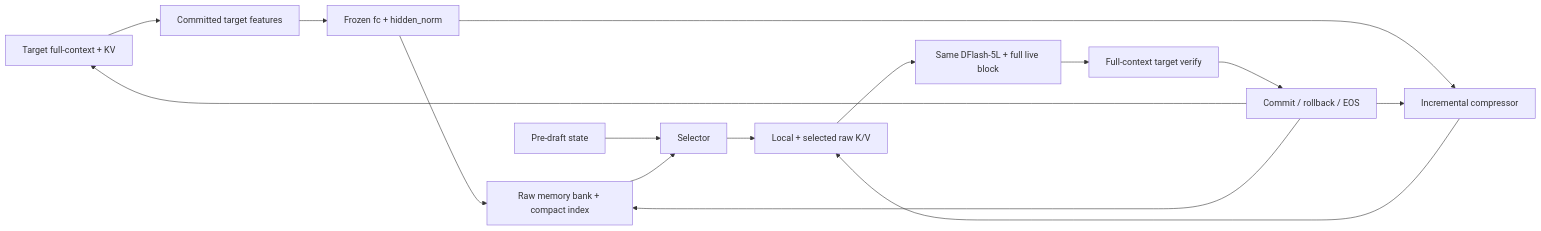
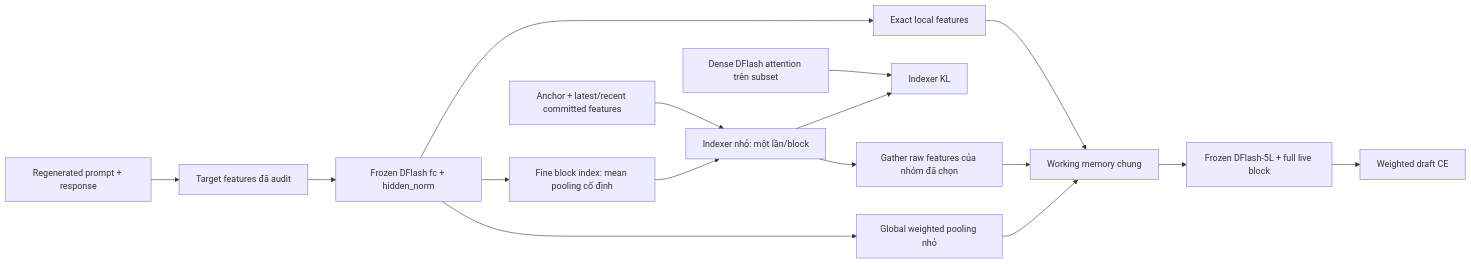
The diagram in docs/superpowers/specs/2026-10-08-amr-dflash-design.md (tranphuc15122004/fast_infer_for_text_sum), drawn with Mermaid before and after one commit. The commit also changed other lines of this file and 43 other files, not shown here.

```diff
--- a/docs/superpowers/specs/2026-10-08-amr-dflash-design.md
+++ b/docs/superpowers/specs/2026-10-08-amr-dflash-design.md
@@ -39,17 +70,18 @@
 ~~~mermaid
 flowchart LR
-    T["Target full-context + KV"] --> H["Committed target features"]
-    H --> P["Frozen fc + hidden_norm"]
-    P --> BANK["Raw memory bank + compact index"]
-    P --> CMP["Incremental compressor"]
-    Z["Pre-draft state"] --> SEL["Selector"]
-    BANK --> SEL
-    SEL --> W["Local + selected raw K/V"]
-    CMP --> W
-    W --> D["Same DFlash-5L + full live block"]
-    D --> V["Full-context target verify"]
-    V --> U["Commit / rollback / EOS"]
-    U --> T
-    U --> BANK
-    U --> CMP
+    DATA["Regenerated prompt + response"] --> CACHE["Target features đã audit"]
+    CACHE --> P["Frozen DFlash fc + hidden_norm"]
+    P --> G["Global weighted pooling nhỏ"]
+    P --> F["Fine block index: mean pooling cố định"]
+    P --> L["Exact local features"]
+    Q["Anchor + latest/recent committed features"] --> I["Indexer nhỏ: một lần/block"]
+    F --> I
+    I --> R["Gather raw features của nhóm đã chọn"]
+    G --> M["Working memory chung"]
+    R --> M
+    L --> M
+    M --> D["Frozen DFlash-5L + full live block"]
+    D --> LOSS["Weighted draft CE"]
+    TEACH["Dense DFlash attention trên subset"] --> IDX["Indexer KL"]
+    I --> IDX
 ~~~
```
